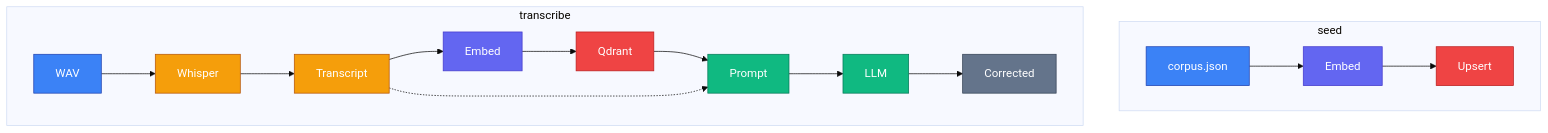
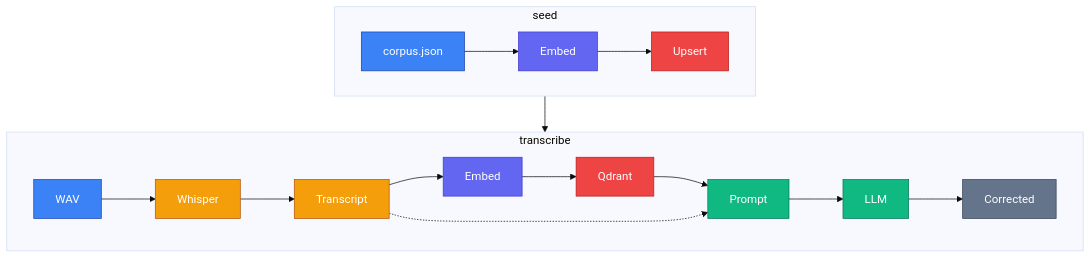
One commit to hubenschmidt/asr-rag changed the second of 2 diagrams in README.md. Above: the diagram before and after it, drawn with Mermaid (base theme).

````diff
--- a/README.md
+++ b/README.md
@@ -33,33 +33,35 @@
 ```mermaid
 flowchart TD
     subgraph Seed ["seed"]
         CJ["corpus.json"]:::input
         SE["Embed"]:::embed
         UP["Upsert"]:::vectordb
         CJ --> SE --> UP
     end
 
     subgraph Transcribe ["transcribe"]
         WAV2["WAV"]:::input
         WH["Whisper"]:::asr
         RT["Transcript"]:::asr
         QE["Embed"]:::embed
         QS["Qdrant"]:::vectordb
         SYS["Prompt"]:::llm
         LLM2["LLM"]:::llm
         CT["Corrected"]:::output
 
         WAV2 --> WH --> RT
         RT --> QE --> QS
         QS --> SYS
         RT -.-> SYS
         SYS --> LLM2 --> CT
     end
 
+    Seed --> Transcribe
+
     classDef input fill:#3b82f6,stroke:#1e40af,color:#fff
     classDef asr fill:#f59e0b,stroke:#b45309,color:#fff
     classDef embed fill:#6366f1,stroke:#4338ca,color:#fff
     classDef vectordb fill:#ef4444,stroke:#b91c1c,color:#fff
     classDef llm fill:#10b981,stroke:#047857,color:#fff
     classDef output fill:#64748b,stroke:#334155,color:#fff
 ```
````
